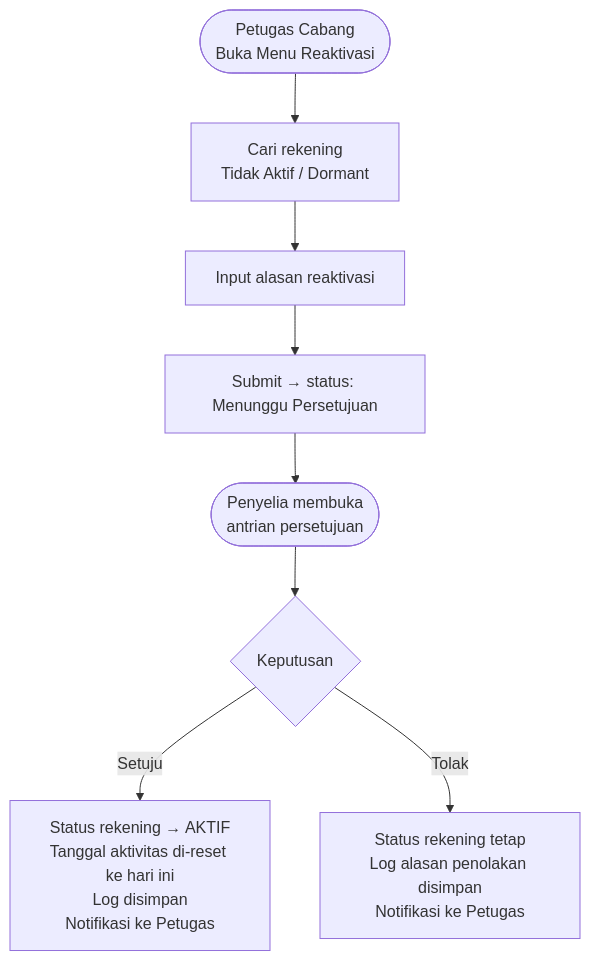
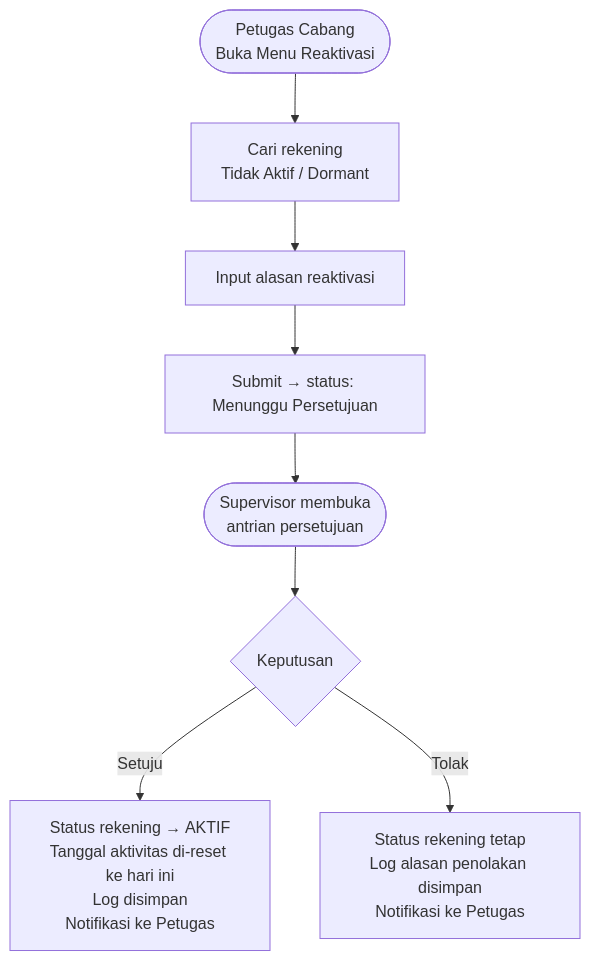
Before and after one commit to wisnu/ibank-docs: the third of 3 diagrams in docs/bcas/enhance_dormant/Use Case Rekening Dormant.md, drawn with Mermaid. The commit also changed other lines of this file and 22 other files, not shown here.

````diff
--- a/docs/bcas/enhance_dormant/Use Case Rekening Dormant.md
+++ b/docs/bcas/enhance_dormant/Use Case Rekening Dormant.md
@@ -166,10 +166,10 @@
 ```mermaid
 flowchart TD
     A([Petugas Cabang\nBuka Menu Reaktivasi]) --> B[Cari rekening\nTidak Aktif / Dormant]
     B --> C[Input alasan reaktivasi]
     C --> D[Submit → status: Menunggu Persetujuan]
-    D --> E([Penyelia membuka\nantrian persetujuan])
+    D --> E([Supervisor membuka\nantrian persetujuan])
     E --> F{Keputusan}
     F -->|Setuju| G[Status rekening → AKTIF\nTanggal aktivitas di-reset ke hari ini\nLog disimpan\nNotifikasi ke Petugas]
     F -->|Tolak| H[Status rekening tetap\nLog alasan penolakan disimpan\nNotifikasi ke Petugas]
 ```
````
